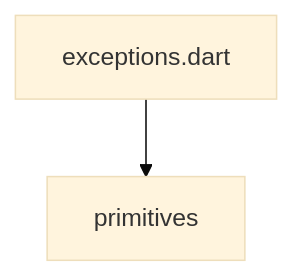
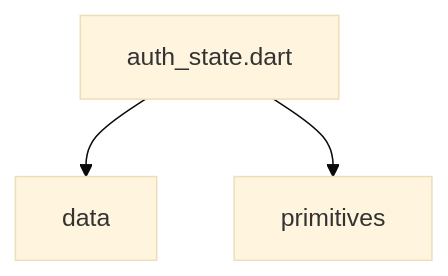
One commit to date-game-com/date-game changed the diagram in pkgs/date_game/lib/logic/shared/DEPENDENCIES.md. Above: the diagram before and after it, drawn with Mermaid (base theme). The commit also changed 8 other files, not shown here.

````diff
--- a/pkgs/date_game/lib/logic/shared/DEPENDENCIES.md
+++ b/pkgs/date_game/lib/logic/shared/DEPENDENCIES.md
@@ -6,4 +6,5 @@
 ```mermaid
 flowchart TD;
-exceptions.dart-->primitives;
+auth_state.dart-->data;
+auth_state.dart-->primitives;
 ```
````
